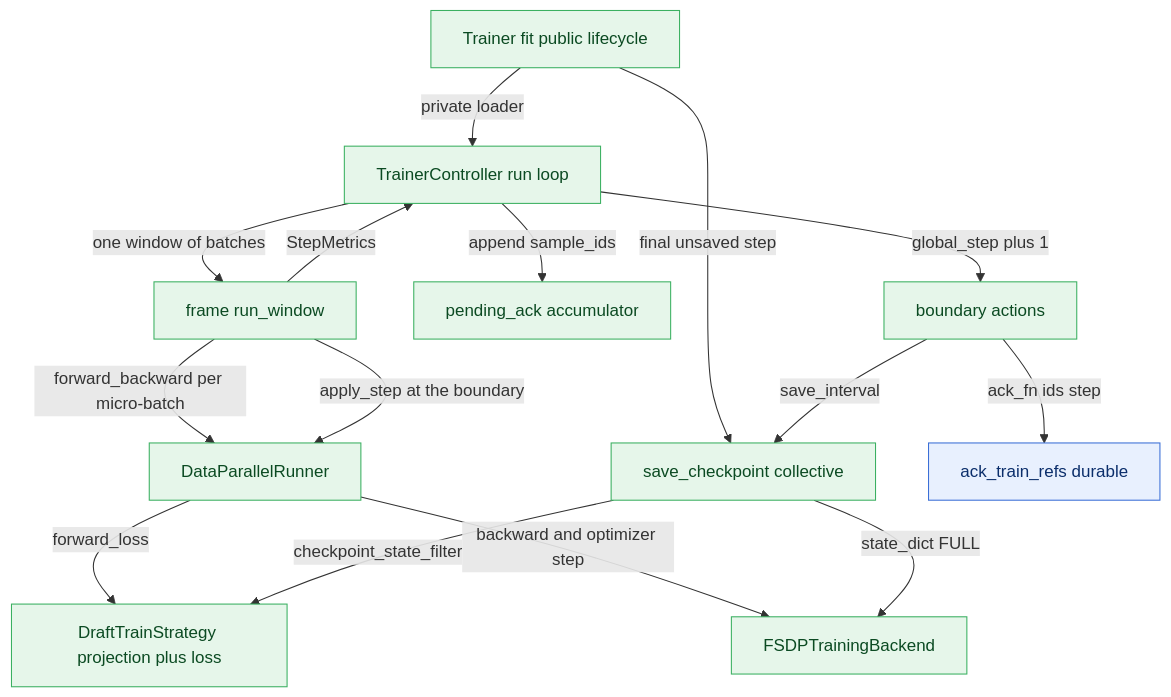
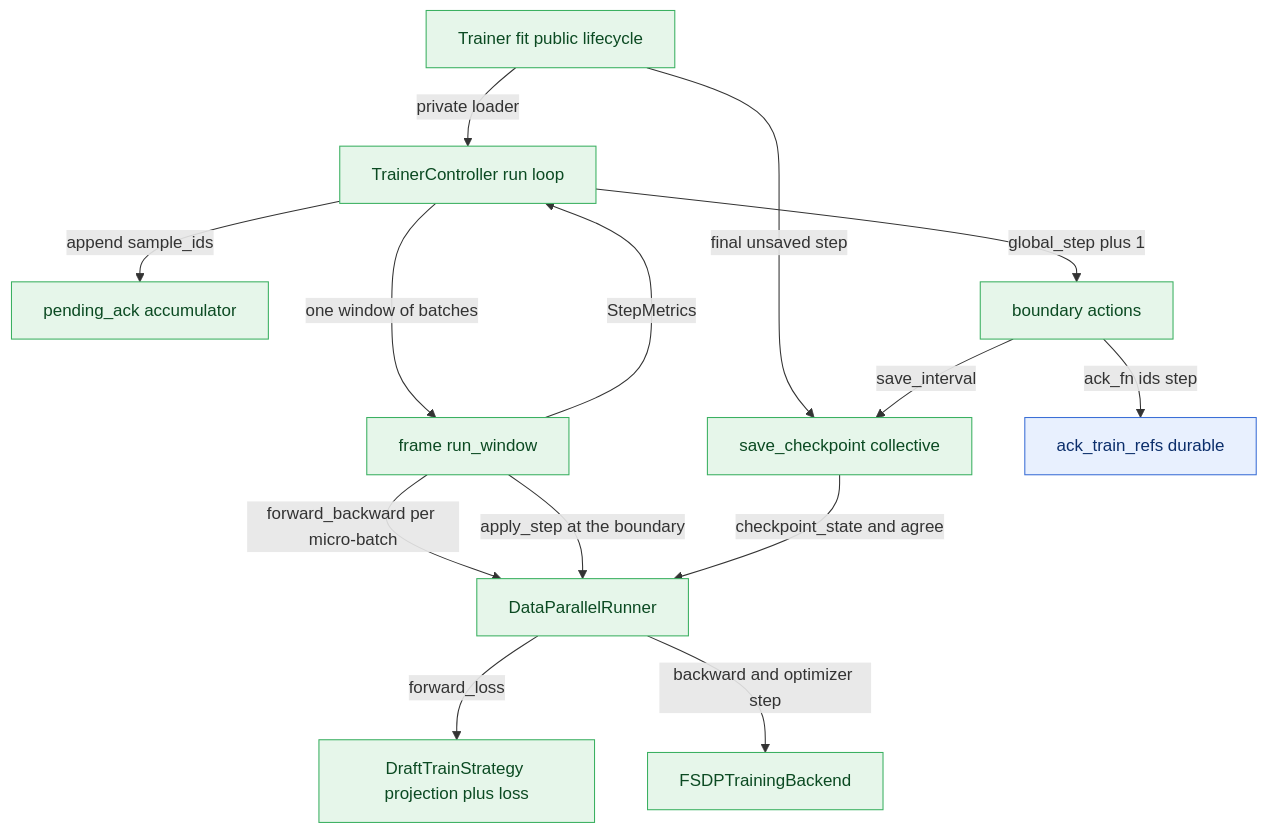
One commit to sgl-project/SpecForge changed the diagram in specforge/training/DESIGN.md. Above: the diagram before and after it, drawn with Mermaid. The commit also changed other lines of this file and 19 other files, not shown here.

````diff
--- a/specforge/training/DESIGN.md
+++ b/specforge/training/DESIGN.md
@@ -43,23 +43,22 @@
 ```mermaid
 flowchart TD
   classDef compute fill:#e6f6ea,stroke:#3bb061,color:#0b4a22;
   classDef control fill:#e8f0fe,stroke:#3b6fd6,color:#0b2e6b;
 
   PUB[Trainer fit public lifecycle] -->|private loader| FIT[TrainerController run loop]
   PUB -->|final unsaved step| CKPT[save_checkpoint collective]
   FIT -->|one window of batches| FR[frame run_window]
   FIT -->|append sample_ids| PA[pending_ack accumulator]
   FR -->|forward_backward per micro-batch| RN[DataParallelRunner]
   FR -->|apply_step at the boundary| RN
   RN -->|forward_loss| ST[DraftTrainStrategy projection plus loss]
   RN -->|backward and optimizer step| BK[FSDPTrainingBackend]
   FR -->|StepMetrics| FIT
   FIT -->|global_step plus 1| BND[boundary actions]
   BND -->|ack_fn ids step| ACK[ack_train_refs durable]
   BND -->|save_interval| CKPT
-  CKPT -->|checkpoint_state_filter| ST
-  CKPT -->|state_dict FULL| BK
+  CKPT -->|checkpoint_state and agree| RN
 
   class PUB,FIT,FR,RN,ST,BK,BND,PA,CKPT compute;
   class ACK control;
 ```
````
